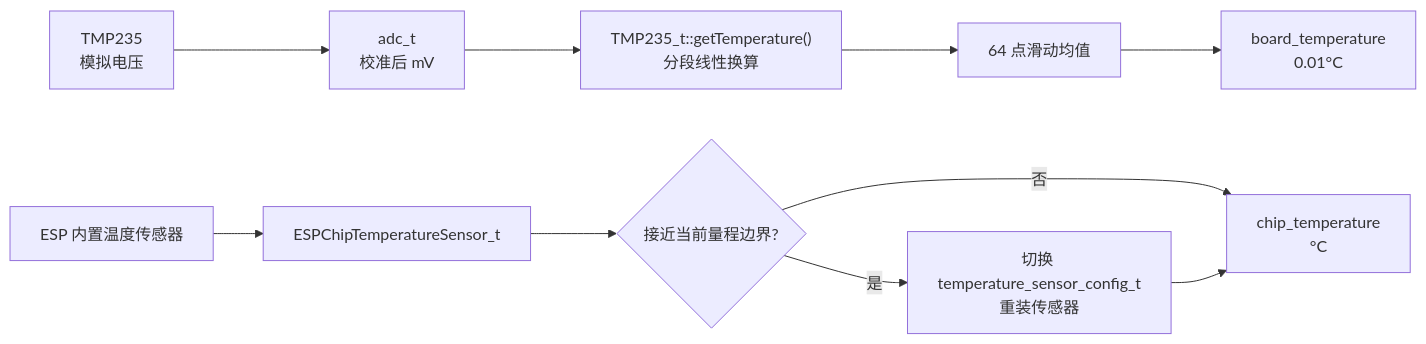
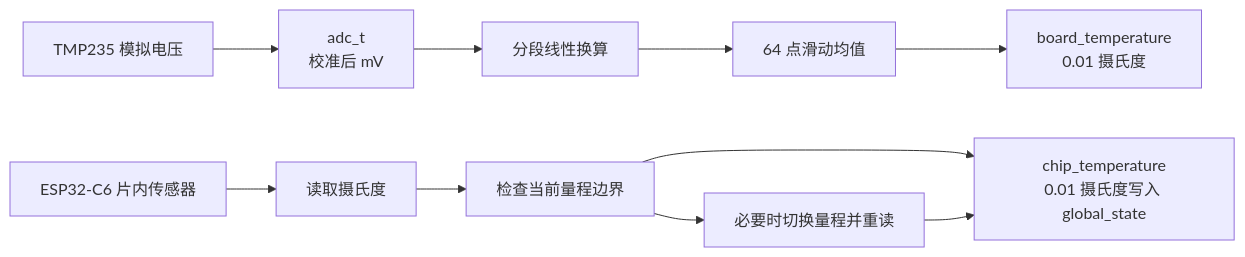
The first of 3 diagrams in components/bsp/Temperature/README.md (qingmeijiupiao/Wireless_power_meter_lite), drawn with Mermaid before and after one commit. The commit also changed other lines of this file and 7 other files, not shown here.

````diff
--- a/components/bsp/Temperature/README.md
+++ b/components/bsp/Temperature/README.md
@@ -19,13 +14,13 @@
 ```mermaid
 flowchart LR
-    TMP235["TMP235<br/>模拟电压"] --> ADC["adc_t<br/>校准后 mV"]
-    ADC --> Piecewise["TMP235_t::getTemperature()<br/>分段线性换算"]
-    Piecewise --> Avg["64 点滑动均值"]
-    Avg --> Board["board_temperature<br/>0.01°C"]
+    TMP["TMP235 模拟电压"] --> ADC["adc_t<br/>校准后 mV"]
+    ADC --> Convert["分段线性换算"]
+    Convert --> Avg["64 点滑动均值"]
+    Avg --> Board["board_temperature<br/>0.01 摄氏度"]
 
-    TSENS["ESP 内置温度传感器"] --> ChipSensor["ESPChipTemperatureSensor_t"]
-    ChipSensor --> Range{"接近当前量程边界?"}
-    Range -->|否| Chip["chip_temperature<br/>°C"]
-    Range -->|是| Reinstall["切换 temperature_sensor_config_t<br/>重装传感器"]
-    Reinstall --> Chip
+    TSENS["ESP32-C6 片内传感器"] --> Read["读取摄氏度"]
+    Read --> Check["检查当前量程边界"]
+    Check --> Chip["chip_temperature<br/>0.01 摄氏度写入 global_state"]
+    Check --> Switch["必要时切换量程并重读"]
+    Switch --> Chip
 ```
````
